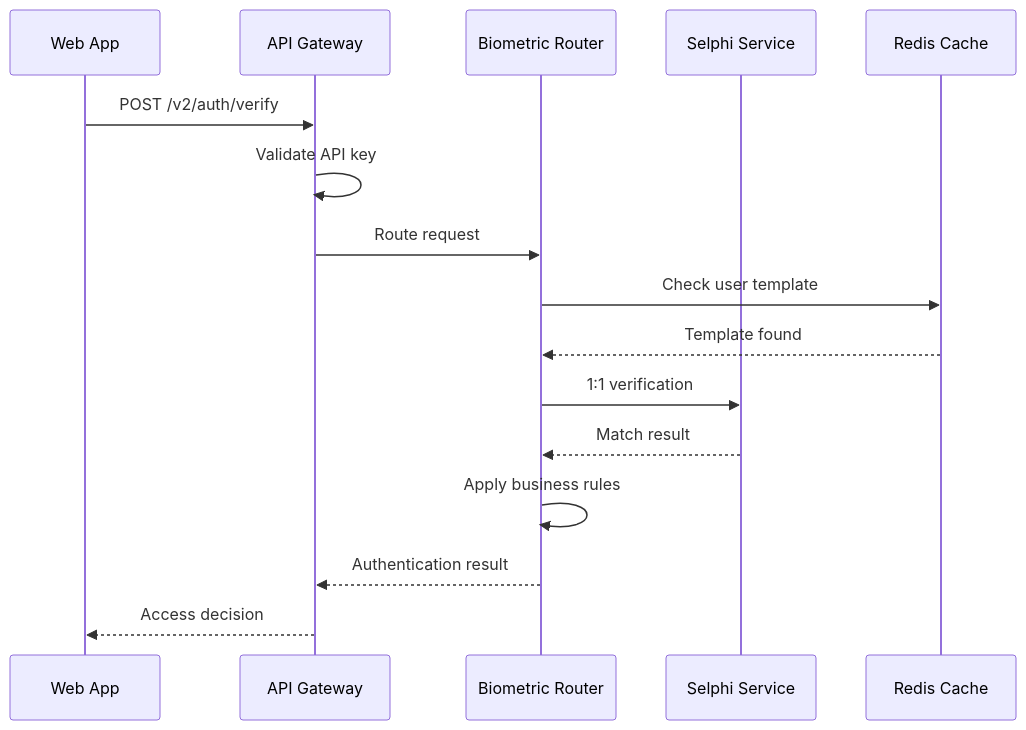
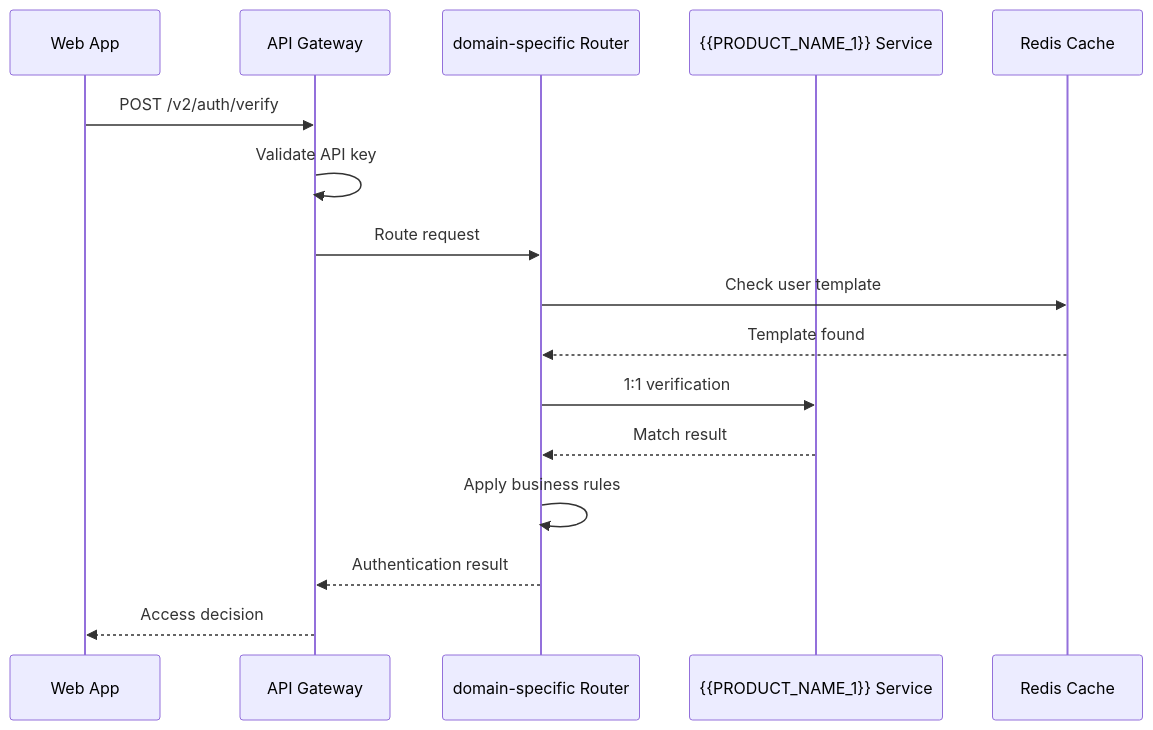
One commit to LIDR-IT/ai-assisted-workflow changed the second of 2 diagrams in .agents/skills/lidr-architecture-doc/examples/domains/biometric/platform-api-gateway.md. Above: the diagram before and after it, drawn with Mermaid. The commit also changed other lines of this file and 1268 other files, not shown here.

````diff
--- a/.agents/skills/lidr-architecture-doc/examples/domains/biometric/platform-api-gateway.md
+++ b/.agents/skills/lidr-architecture-doc/examples/domains/biometric/platform-api-gateway.md
@@ -229,22 +233,22 @@
 ```mermaid
 sequenceDiagram
     participant Client as Web App
     participant Gateway as API Gateway
-    participant Router as Biometric Router
-    participant Selphi as Selphi Service
+    participant Router as domain-specific Router
+    participant {{PRODUCT_NAME_1}} as {{PRODUCT_NAME_1}} Service
     participant Cache as Redis Cache
 
     Client->>Gateway: POST /v2/auth/verify
     Gateway->>Gateway: Validate API key
     Gateway->>Router: Route request
 
     Router->>Cache: Check user template
     Cache-->>Router: Template found
 
-    Router->>Selphi: 1:1 verification
-    Selphi-->>Router: Match result
+    Router->>{{PRODUCT_NAME_1}}: 1:1 verification
+    {{PRODUCT_NAME_1}}-->>Router: Match result
 
     Router->>Router: Apply business rules
     Router-->>Gateway: Authentication result
     Gateway-->>Client: Access decision
 ```
````
